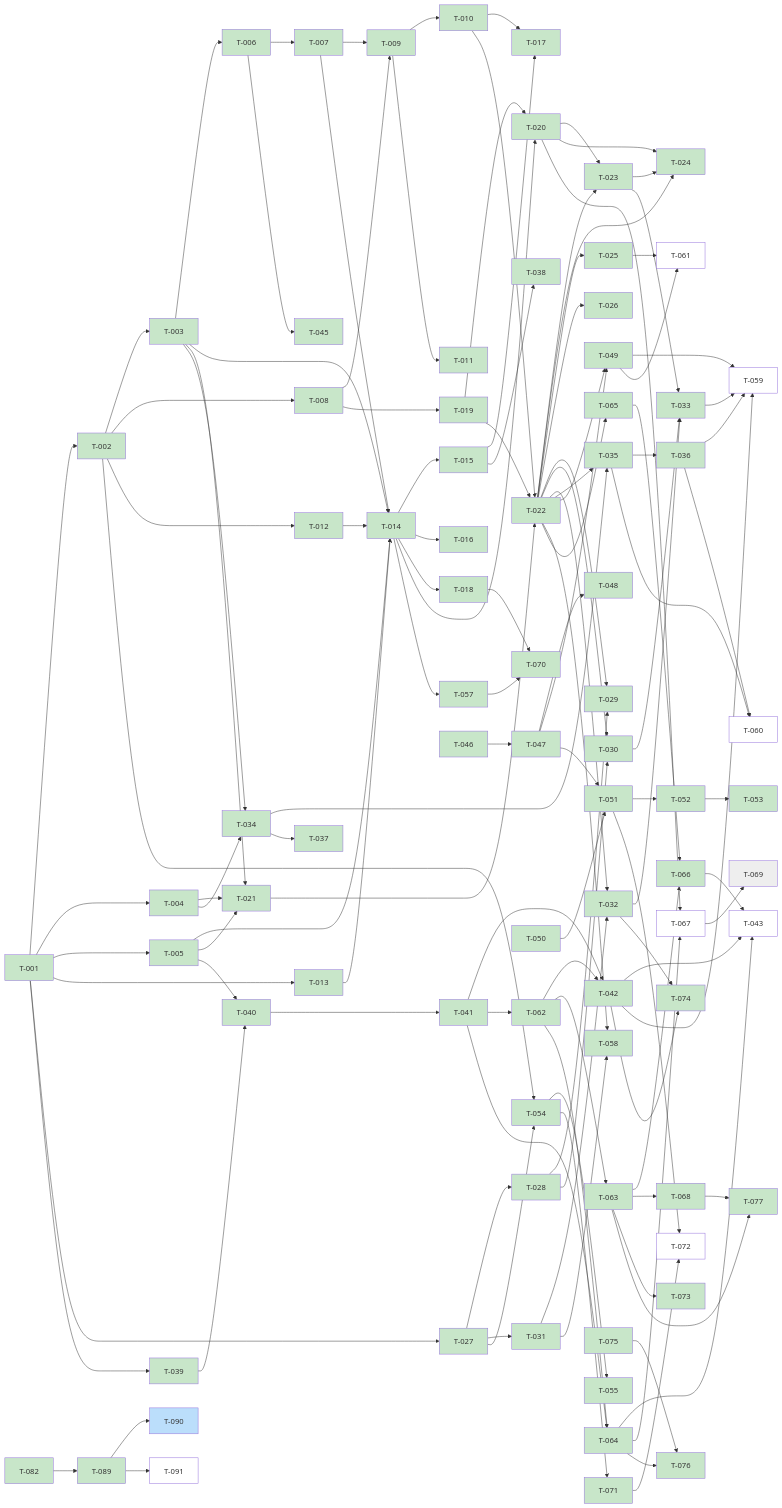
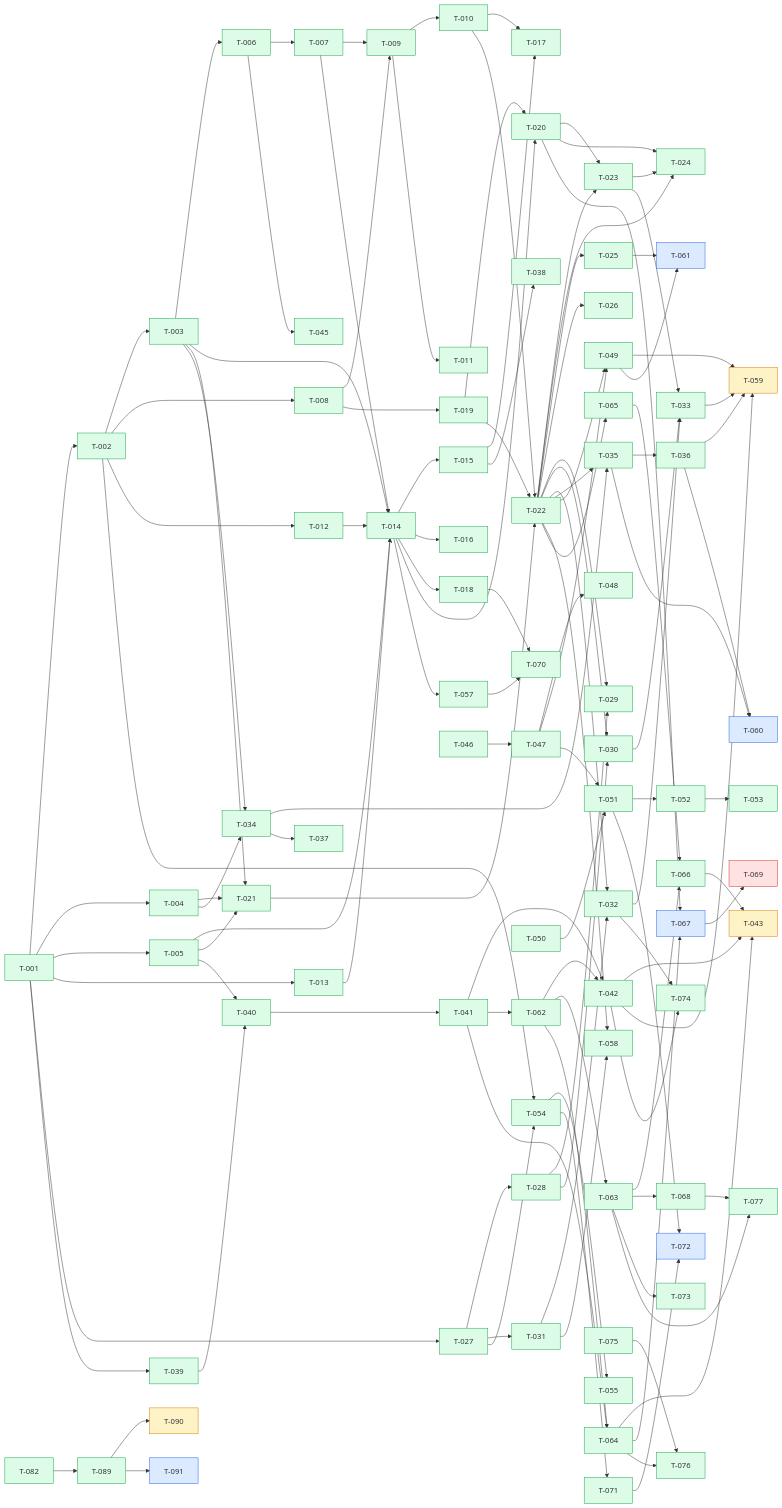
The diagram in kanban/BOARD.md (scholtz/biatec-chat), drawn with Mermaid before and after one commit. The commit also changed other lines of this file and 3 other files, not shown here.

````diff
--- a/kanban/BOARD.md
+++ b/kanban/BOARD.md
@@ -243,13 +243,101 @@
   T082[T-082] --> T089[T-089]
   T089[T-089] --> T090[T-090]
   T089[T-089] --> T091[T-091]
-  classDef done fill:#c8e6c9
-  classDef review fill:#fff9c4
-  classDef inprogress fill:#bbdefb
-  classDef backlog fill:#ffffff
-  classDef blocked fill:#eeeeee
-  class T001,T002,T003,T004,T005,T006,T007,T008,T009,T010,T011,T012,T013,T014,T015,T016,T017,T018,T019,T020,T021,T022,T023,T024,T025,T026,T027,T028,T029,T030,T031,T032,T033,T034,T035,T036,T037,T038,T039,T040,T041,T042,T044,T045,T046,T047,T048,T049,T050,T051,T052,T053,T054,T055,T056,T057,T058,T062,T063,T064,T065,T066,T068,T070,T071,T073,T074,T075,T076,T077,T078,T079,T080,T082,T084,T089 done
-  class T090,T083 inprogress
-  class T059,T043,T072,T081,T087,T088,T060,T061,T067,T085,T086,T091 backlog
+  classDef backlog fill:#dbeafe,stroke:#2563eb
+  classDef prog fill:#fef3c7,stroke:#d97706
+  classDef blocked fill:#fee2e2,stroke:#dc2626
+  classDef review fill:#ede9fe,stroke:#7c3aed
+  classDef done fill:#dcfce7,stroke:#16a34a
+  class T001 done
+  class T002 done
+  class T003 done
+  class T004 done
+  class T005 done
+  class T006 done
+  class T007 done
+  class T008 done
+  class T009 done
+  class T010 done
+  class T011 done
+  class T012 done
+  class T013 done
+  class T014 done
+  class T015 done
+  class T016 done
+  class T017 done
+  class T018 done
+  class T019 done
+  class T020 done
+  class T021 done
+  class T022 done
+  class T023 done
+  class T024 done
+  class T025 done
+  class T026 done
+  class T027 done
+  class T028 done
+  class T029 done
+  class T030 done
+  class T031 done
+  class T032 done
+  class T033 done
+  class T034 done
+  class T035 done
+  class T036 done
+  class T037 done
+  class T038 done
+  class T039 done
+  class T040 done
+  class T041 done
+  class T042 done
+  class T043 prog
+  class T044 done
+  class T045 done
+  class T046 done
+  class T047 done
+  class T048 done
+  class T049 done
+  class T050 done
+  class T051 done
+  class T052 done
+  class T053 done
+  class T054 done
+  class T055 done
+  class T056 done
+  class T057 done
+  class T058 done
+  class T059 prog
+  class T060 backlog
+  class T061 backlog
+  class T062 done
+  class T063 done
+  class T064 done
+  class T065 done
+  class T066 done
+  class T067 backlog
+  class T068 done
   class T069 blocked
+  class T070 done
+  class T071 done
+  class T072 backlog
+  class T073 done
+  class T074 done
+  class T075 done
+  class T076 done
+  class T077 done
+  class T078 done
+  class T079 done
+  class T080 done
+  class T081 prog
+  class T082 done
+  class T083 prog
+  class T084 done
+  class T085 backlog
+  class T086 backlog
+  class T087 backlog
+  class T088 backlog
+  class T089 done
+  class T090 prog
+  class T091 backlog
+
 ```
````
